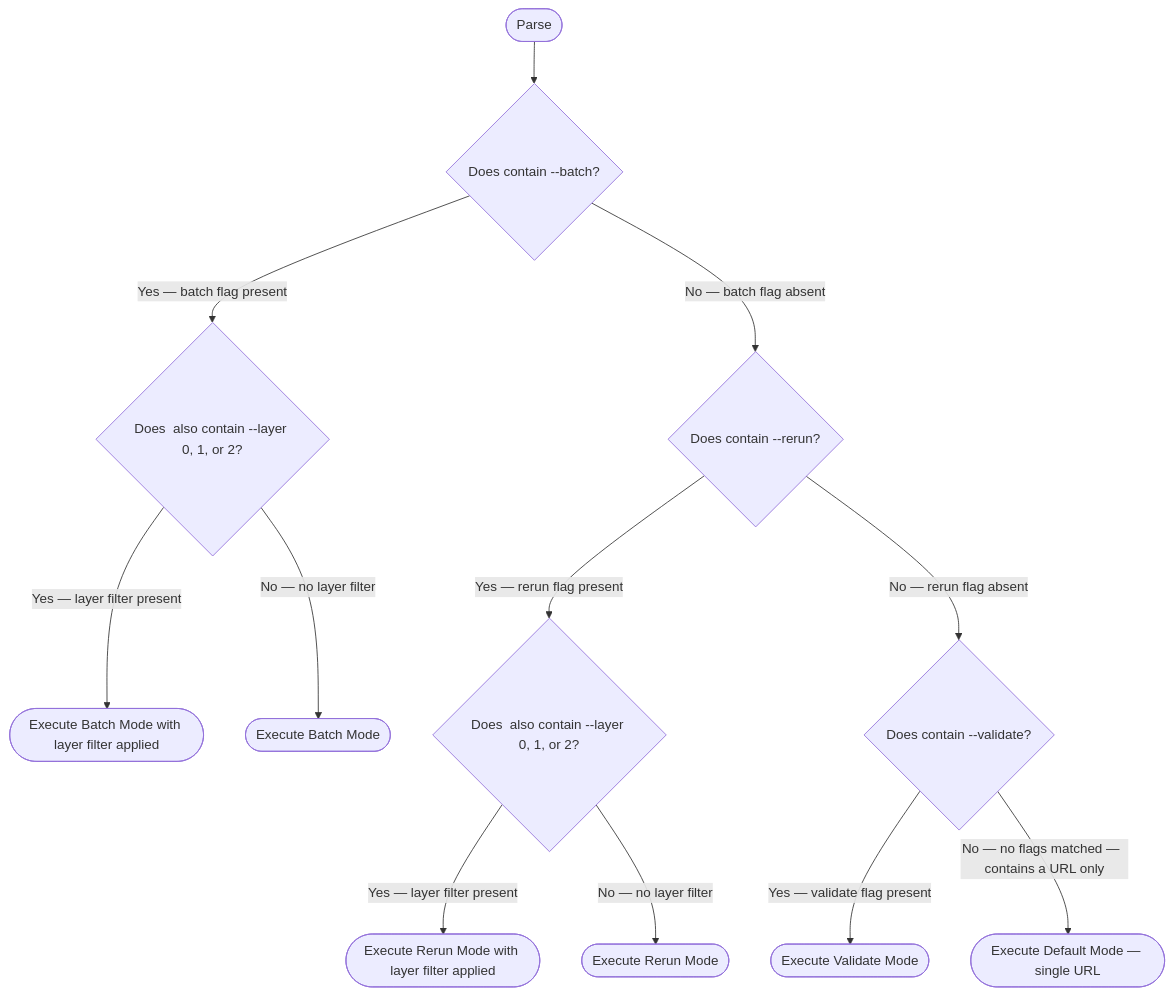
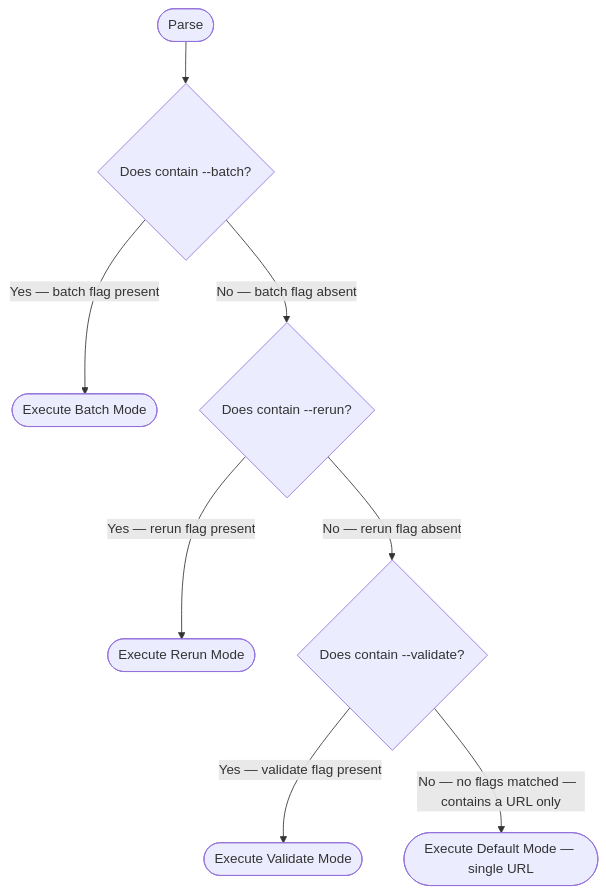
One commit to Jamie-BitFlight/claude_skills changed the first of 3 diagrams in .claude/skills/research-curator/SKILL.md. Above: the diagram before and after it, drawn with Mermaid. The commit also changed other lines of this file and 1 other file, not shown here.

Commit message:
fix(research-curator): remove --layer flag from mode routing
Only batch-mode.md defined any --layer behavior, and only for Batch Mode;
Rerun Mode's routing branched on it with no behavior defined anywhere for
that branch. SKILL.md's own prose said the flag applies "when used with
knowledge-explorer or refresh-research" -- two other skills -- so
research-curator was documenting someone else's flag rather than its own.
It was also absent from argument-hint, so it was never actually offered.

The flag filters on entries' `layer:` metadata field, carried by only 5 of
~513 entries under ./research/ (rope.md, harness-engineering-openai.md,
tornado.md, fastapi.md, copier-astral.md). knowledge-explorer documents
this same flag properly and is where it belongs. Repo owner confirms never
having used it.

Removes the routing branches (Q1Layer/Q2Layer/BatchLayer/RerunLayer) from
SKILL.md's Mode Routing flowchart, the flowchart-describing sentence, and
batch-mode.md's Layer Filter section. Confirmed no other reference to
--layer remains anywhere in this skill.

````diff
--- a/.claude/skills/research-curator/SKILL.md
+++ b/.claude/skills/research-curator/SKILL.md
@@ -26,14 +26,10 @@
 ```mermaid
 flowchart TD
     Start(["Parse <mode_args/>"]) --> Q1{"Does <mode_args/> contain --batch?"}
-    Q1 -->|"Yes — batch flag present"| Q1Layer{"Does <mode_args/> also contain --layer 0, 1, or 2?"}
+    Q1 -->|"Yes — batch flag present"| Batch(["Execute Batch Mode"])
     Q1 -->|"No — batch flag absent"| Q2{"Does <mode_args/> contain --rerun?"}
-    Q1Layer -->|"Yes — layer filter present"| BatchLayer(["Execute Batch Mode with layer filter applied"])
-    Q1Layer -->|"No — no layer filter"| Batch(["Execute Batch Mode"])
-    Q2 -->|"Yes — rerun flag present"| Q2Layer{"Does <mode_args/> also contain --layer 0, 1, or 2?"}
+    Q2 -->|"Yes — rerun flag present"| Rerun(["Execute Rerun Mode"])
     Q2 -->|"No — rerun flag absent"| Q3{"Does <mode_args/> contain --validate?"}
-    Q2Layer -->|"Yes — layer filter present"| RerunLayer(["Execute Rerun Mode with layer filter applied"])
-    Q2Layer -->|"No — no layer filter"| Rerun(["Execute Rerun Mode"])
     Q3 -->|"Yes — validate flag present"| Validate(["Execute Validate Mode"])
     Q3 -->|"No — no flags matched — <mode_args/> contains a URL only"| Default(["Execute Default Mode — single URL"])
 ```
````
